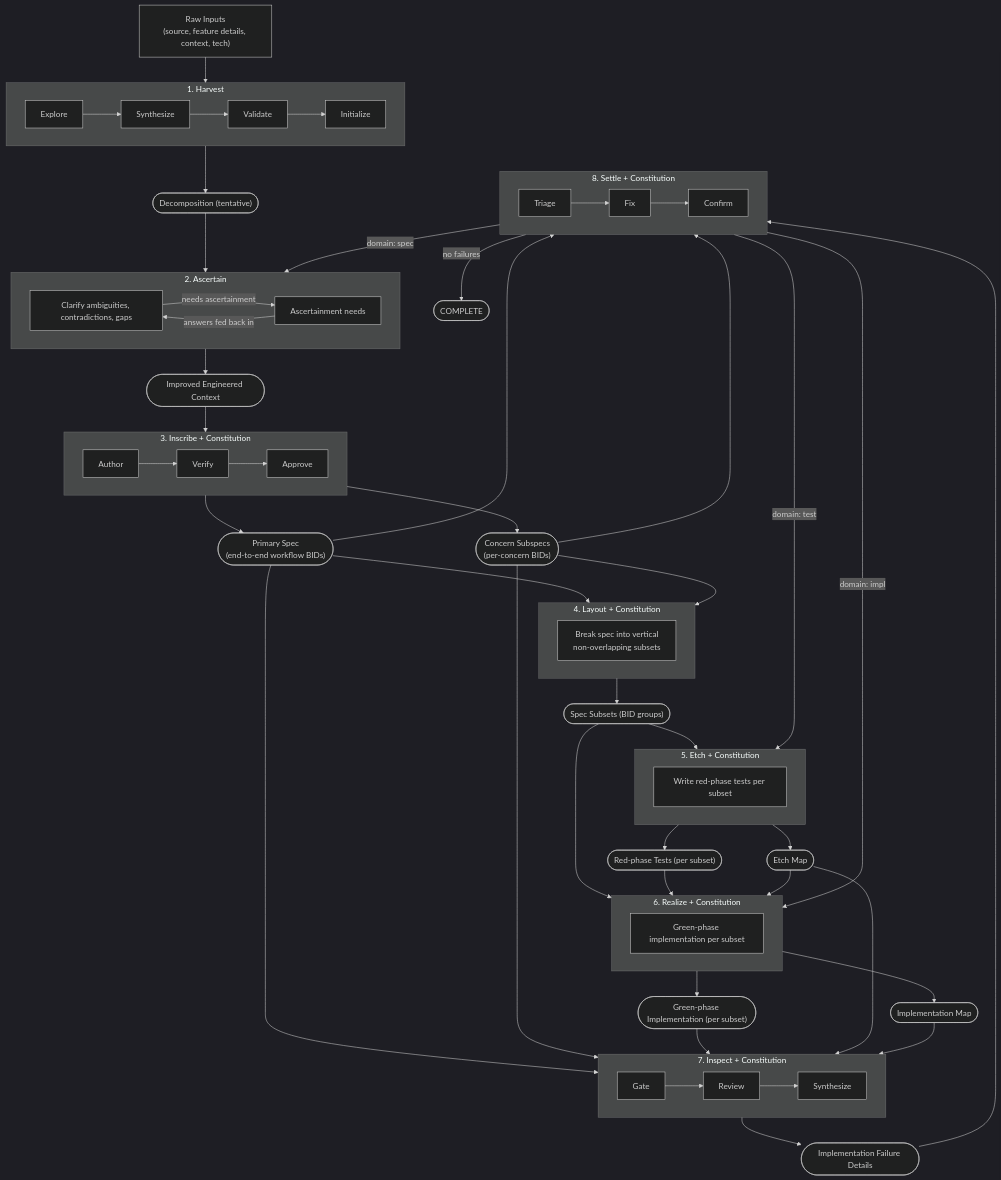
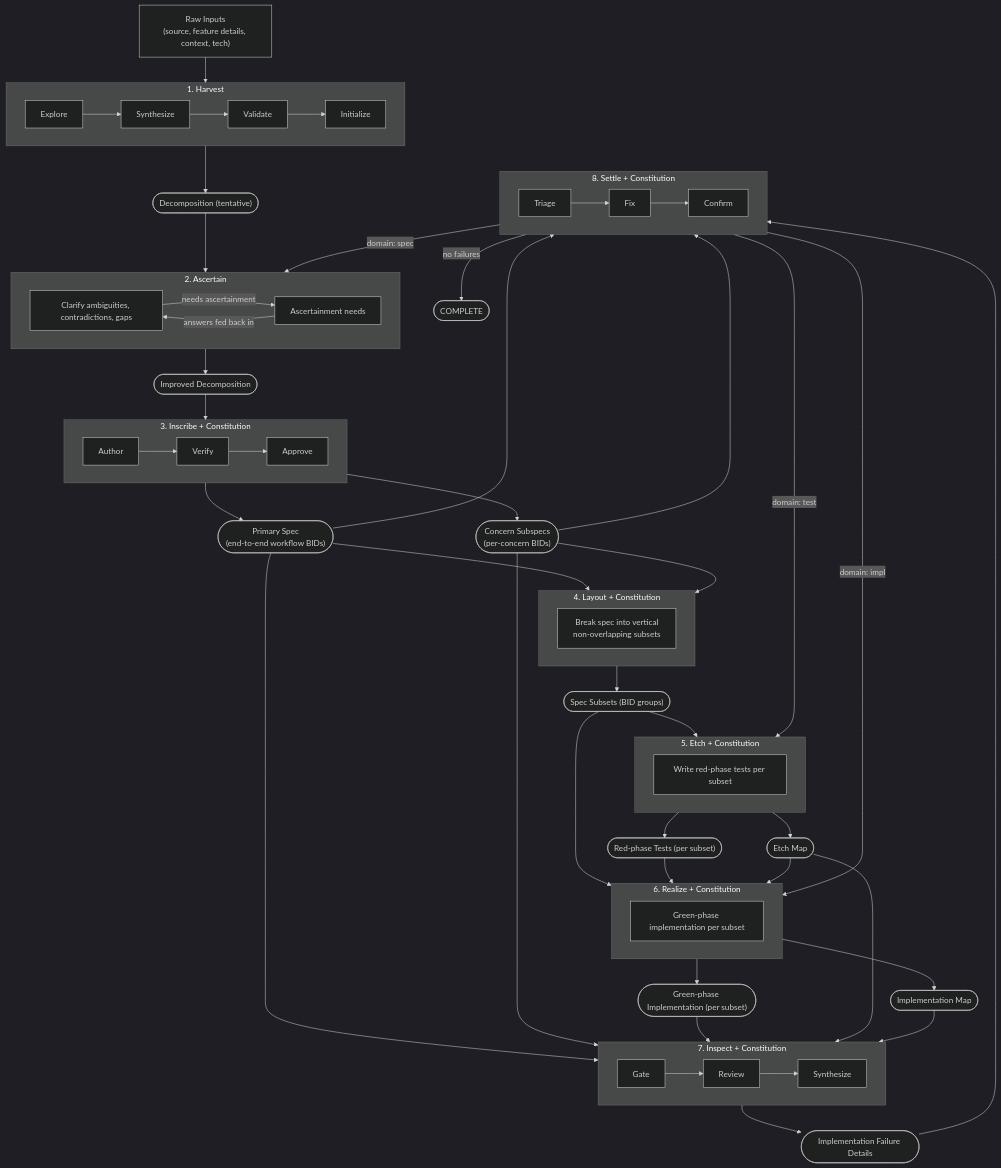
Before and after one commit to v0idbit/haileris: the fourth of 5 diagrams in docs/diagrams/diagrams.md, drawn with Mermaid (dark theme). The commit also changed other lines of this file and 3 other files, not shown here.

First line of the commit message:
docs: fix stale terminology and diagram inconsistencies

````diff
--- a/docs/diagrams/diagrams.md
+++ b/docs/diagrams/diagrams.md
@@ -142,78 +145,78 @@
 ```mermaid
 flowchart TD
     RAW["Raw Inputs<br>(source, feature details, context, tech)"]
 
     RAW --> H
 
     subgraph H["1. Harvest"]
         H_E["Explore"] --> H_S["Synthesize"] --> H_V["Validate"] --> H_I["Initialize"]
     end
 
     H --> DEC(["Decomposition (tentative)"])
     DEC --> A
 
     subgraph A["2. Ascertain"]
         A_P["Clarify ambiguities, contradictions, gaps"]
         A_P -->|needs ascertainment| A_OUT_Q["Ascertainment needs"]
         A_OUT_Q -->|answers fed back in| A_P
     end
 
-    A --> IEC(["Improved Engineered Context"])
-    IEC --> I
+    A --> ID(["Improved Decomposition"])
+    ID --> I
 
     subgraph I["3. Inscribe + Constitution"]
         I_A["Author"] --> I_V["Verify"] --> I_AP["Approve"]
     end
 
     I --> PS2(["Primary Spec<br>(end-to-end workflow BIDs)"])
     I --> CS2(["Concern Subspecs<br>(per-concern BIDs)"])
     PS2 --> L
     CS2 --> L
 
     subgraph L["4. Layout + Constitution"]
         L_P["Break spec into vertical<br>non-overlapping subsets"]
     end
 
     L --> SS(["Spec Subsets (BID groups)"])
     SS --> E
 
     subgraph E["5. Etch + Constitution"]
         E_P["Write red-phase tests per subset"]
     end
 
     E --> RT(["Red-phase Tests (per subset)"])
     E --> ETM2(["Etch Map"])
     SS --> R
     RT --> R
     ETM2 --> R
 
     subgraph R["6. Realize + Constitution"]
         R_P["Green-phase implementation per subset"]
     end
 
     R --> GI(["Green-phase Implementation (per subset)"])
     R --> IM2(["Implementation Map"])
     PS2 --> IN
     CS2 --> IN
     GI --> IN
     ETM2 --> IN
     IM2 --> IN
 
     subgraph IN["7. Inspect + Constitution"]
         IN_G["Gate"] --> IN_R["Review"] --> IN_S["Synthesize"]
     end
 
     IN --> IF(["Implementation Failure Details"])
     PS2 --> S
     CS2 --> S
     IF --> S
 
     subgraph S["8. Settle + Constitution"]
         S_T["Triage"] --> S_F["Fix"] --> S_C["Confirm"]
     end
 
     S -->|"domain: spec"| A
     S -->|"domain: test"| E
     S -->|"domain: impl"| R
     S -->|no failures| DONE(["COMPLETE"])
 ```
````
